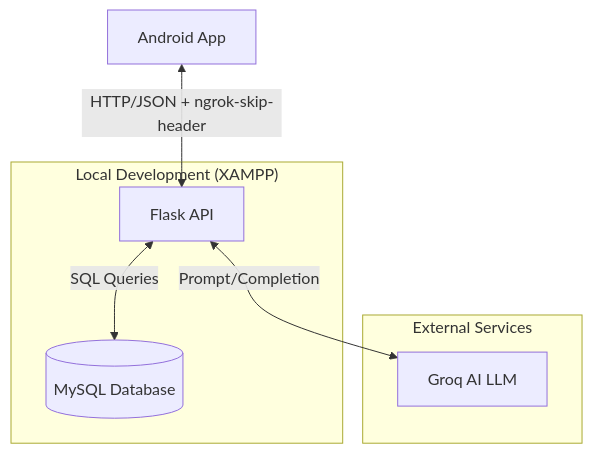
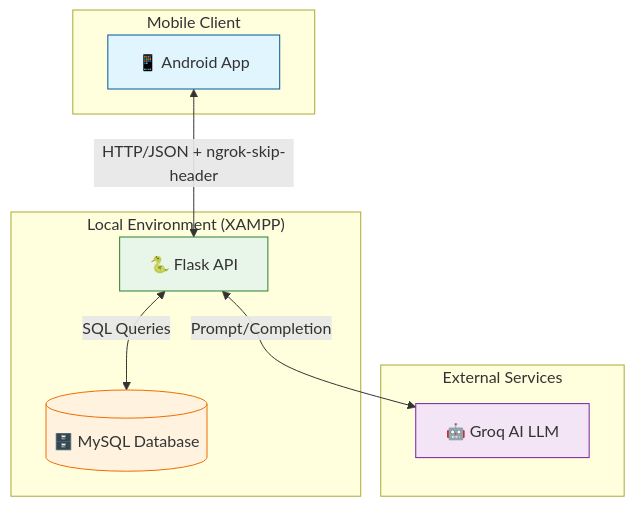
One commit to Akhil-cit/Daily-Learn changed the first of 2 diagrams in SYSTEM_ARCHITECTURE.md. Above: the diagram before and after it, drawn with Mermaid.

Commit message:
Polished system architecture diagram with better layout and styling

````diff
--- a/SYSTEM_ARCHITECTURE.md
+++ b/SYSTEM_ARCHITECTURE.md
@@ -8,16 +8,26 @@
 ```mermaid
 graph TD
-    A[Android App] <-->|HTTP/JSON + ngrok-skip-header| B[Flask API]
-    B <-->|SQL Queries| C[(MySQL Database)]
-    
-    subgraph "Local Development (XAMPP)"
-    B
-    C
+    subgraph "Mobile Client"
+        A[📱 Android App]
     end
-    
+
+    subgraph "Local Environment (XAMPP)"
+        B[🐍 Flask API]
+        C[(🗄️ MySQL Database)]
+    end
+
     subgraph "External Services"
-    D[Groq AI LLM]
+        D[🤖 Groq AI LLM]
     end
-    
+
+    %% Connections
+    A <-->|HTTP/JSON + ngrok-skip-header| B
+    B <-->|SQL Queries| C
     B <-->|Prompt/Completion| D
+
+    %% Styling
+    style A fill:#e1f5fe,stroke:#01579b
+    style B fill:#e8f5e9,stroke:#2e7d32
+    style C fill:#fff3e0,stroke:#ef6c00
+    style D fill:#f3e5f5,stroke:#7b1fa2
 ```
````
